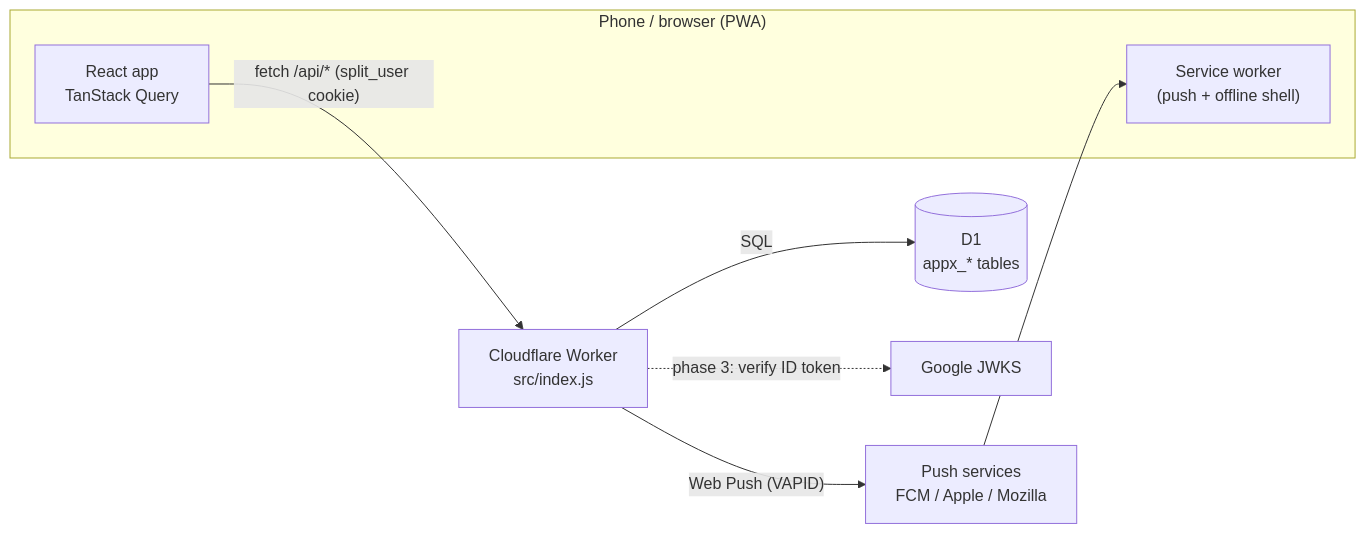
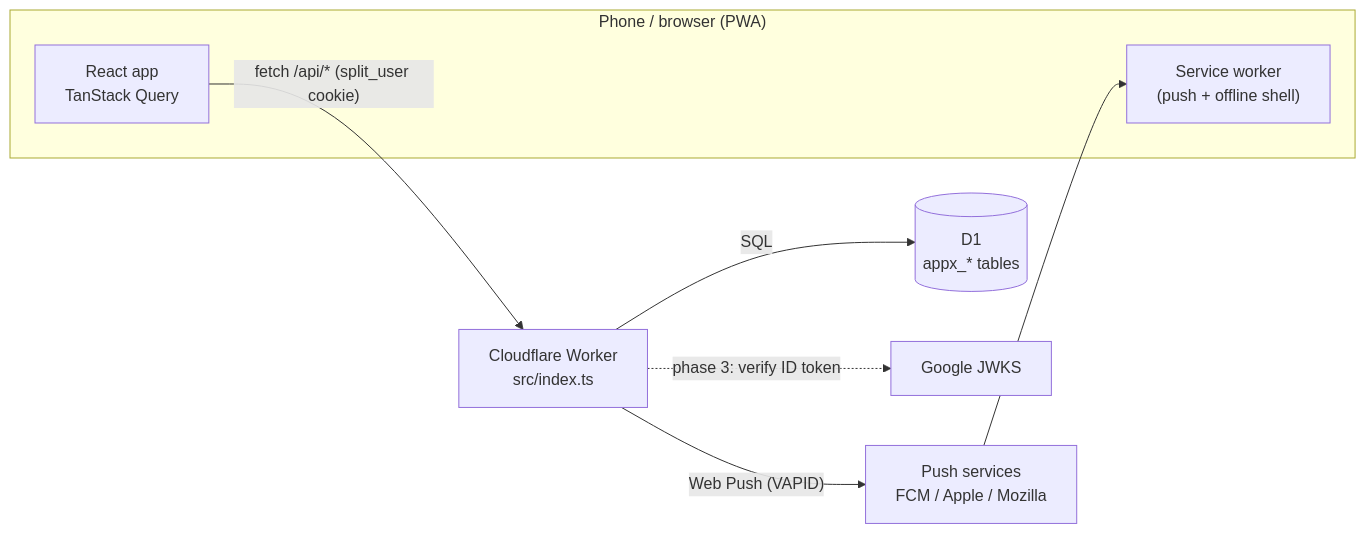
The second of 4 diagrams in docs/system-design.md (nikhil174/split-expense-), drawn with Mermaid before and after one commit. The commit also changed other lines of this file and 81 other files, not shown here.

````diff
--- a/docs/system-design.md
+++ b/docs/system-design.md
@@ -31,12 +45,12 @@
 ```mermaid
 flowchart LR
   subgraph Phone["Phone / browser (PWA)"]
     UI["React app<br/>TanStack Query"]
     SW["Service worker<br/>(push + offline shell)"]
   end
-  UI -- "fetch /api/* (split_user cookie)" --> W["Cloudflare Worker<br/>src/index.js"]
+  UI -- "fetch /api/* (split_user cookie)" --> W["Cloudflare Worker<br/>src/index.ts"]
   W -- "SQL" --> D1[("D1<br/>appx_* tables")]
   W -- "Web Push (VAPID)" --> PS["Push services<br/>FCM / Apple / Mozilla"]
   PS --> SW
   W -. "phase 3: verify ID token" .-> G["Google JWKS"]
 ```
````
